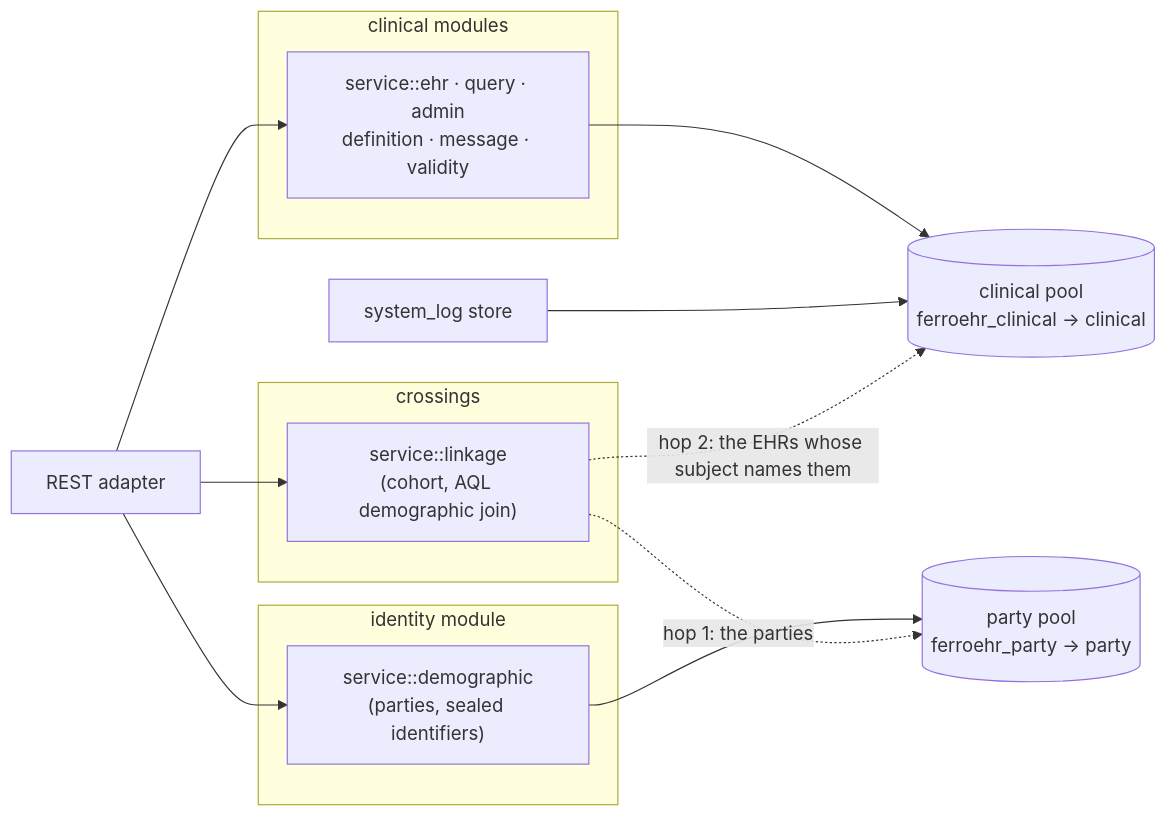
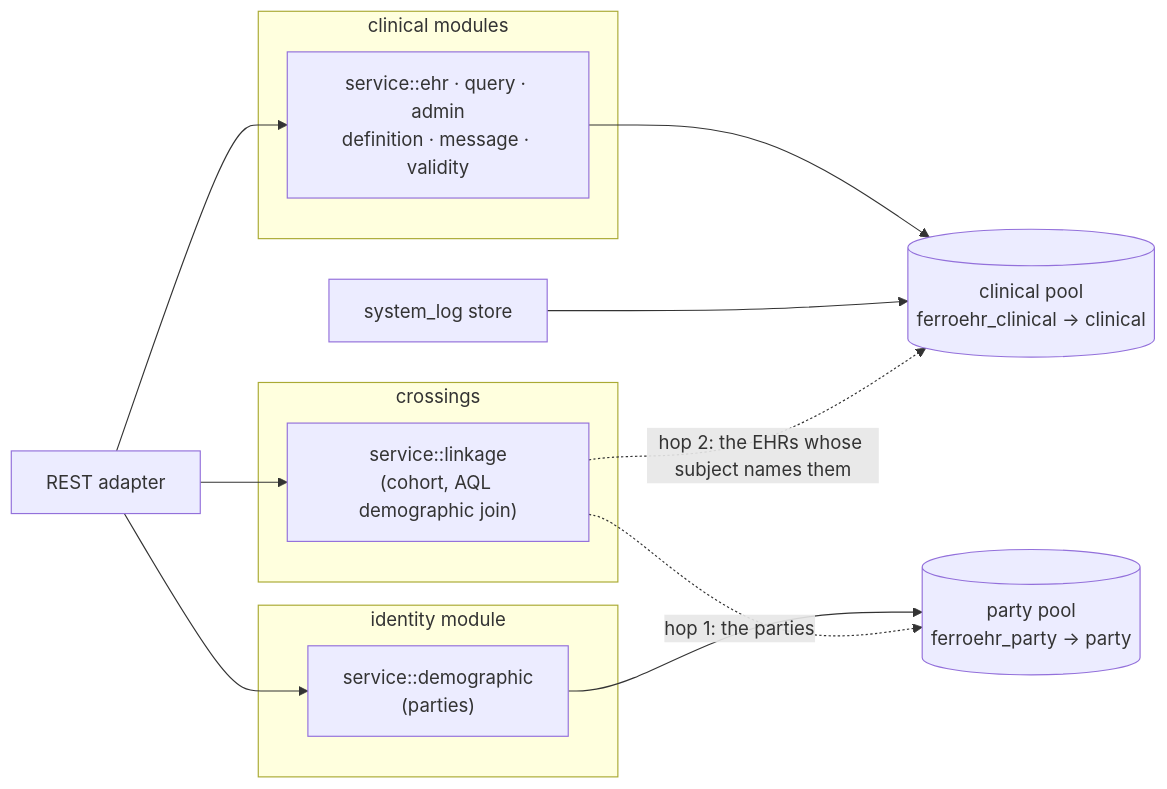
One commit to FerroHEALTH/FerroEHR changed the second of 2 diagrams in website/book/src/concepts/architecture.md. Above: the diagram before and after it, drawn with Mermaid. The commit also changed 101 other files, not shown here.

````diff
--- a/website/book/src/concepts/architecture.md
+++ b/website/book/src/concepts/architecture.md
@@ -112,25 +112,25 @@
 ```mermaid
 flowchart LR
     rest["REST adapter"]
     subgraph clin ["clinical modules"]
         ehrsvc["service::ehr · query · admin<br/>definition · message · validity"]
     end
     subgraph dem ["identity module"]
-        demsvc["service::demographic<br/>(parties, sealed identifiers)"]
+        demsvc["service::demographic<br/>(parties)"]
     end
     subgraph lnk ["crossings"]
         lnksvc["service::linkage<br/>(cohort, AQL demographic join)"]
     end
     audit["system_log store"]
     pc[("clinical pool<br/>ferroehr_clinical → clinical")]
     pd[("party pool<br/>ferroehr_party → party")]
 
     rest --> ehrsvc
     rest --> demsvc
     rest --> lnksvc
     ehrsvc --> pc
     audit --> pc
     demsvc --> pd
     lnksvc -. "hop 1: the parties" .-> pd
     lnksvc -. "hop 2: the EHRs whose subject names them" .-> pc
 ```
````
